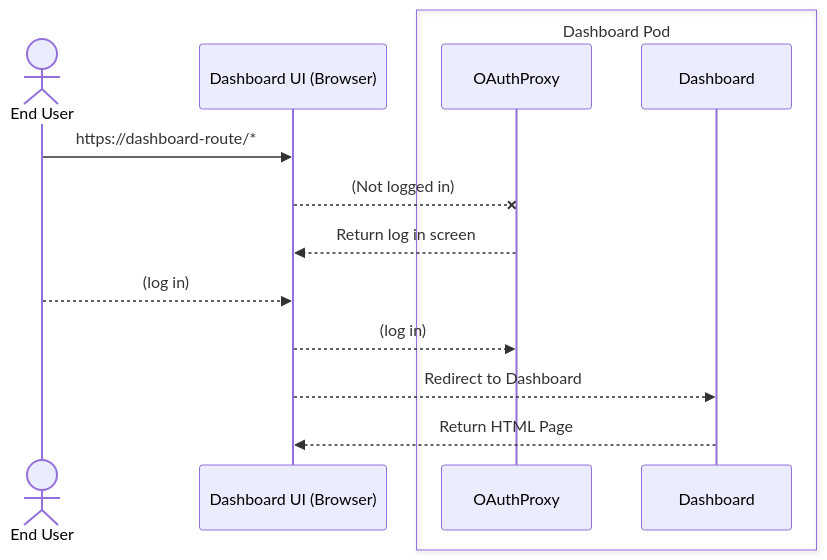
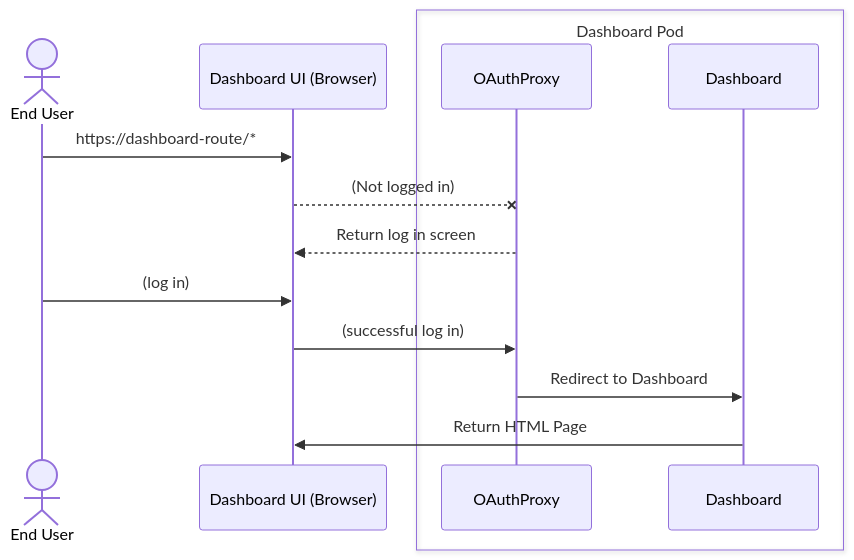
One commit to andrewballantyne/architecture-decision-records changed the diagram in documentation/components/dashboard/README.md. Above: the diagram before and after it, drawn with Mermaid.

````diff
--- a/documentation/components/dashboard/README.md
+++ b/documentation/components/dashboard/README.md
@@ -23,17 +23,17 @@
 ```mermaid
 sequenceDiagram
     actor EndUser as End User
     participant DashboardUI as Dashboard UI (Browser)
     box Dashboard Pod
     participant OAuthProxy
     participant Dashboard
     end
 
     EndUser->>DashboardUI: https://dashboard-route/*
     DashboardUI--xOAuthProxy: (Not logged in)
     OAuthProxy-->>DashboardUI: Return log in screen
-    EndUser-->>DashboardUI: (log in)
-    DashboardUI-->>OAuthProxy: (log in)
-    DashboardUI-->>Dashboard: Redirect to Dashboard
-    Dashboard-->>DashboardUI: Return HTML Page
+    EndUser->>DashboardUI: (log in)
+    DashboardUI->>OAuthProxy: (successful log in)
+    OAuthProxy->>Dashboard: Redirect to Dashboard
+    Dashboard->>DashboardUI: Return HTML Page
 ```
````
